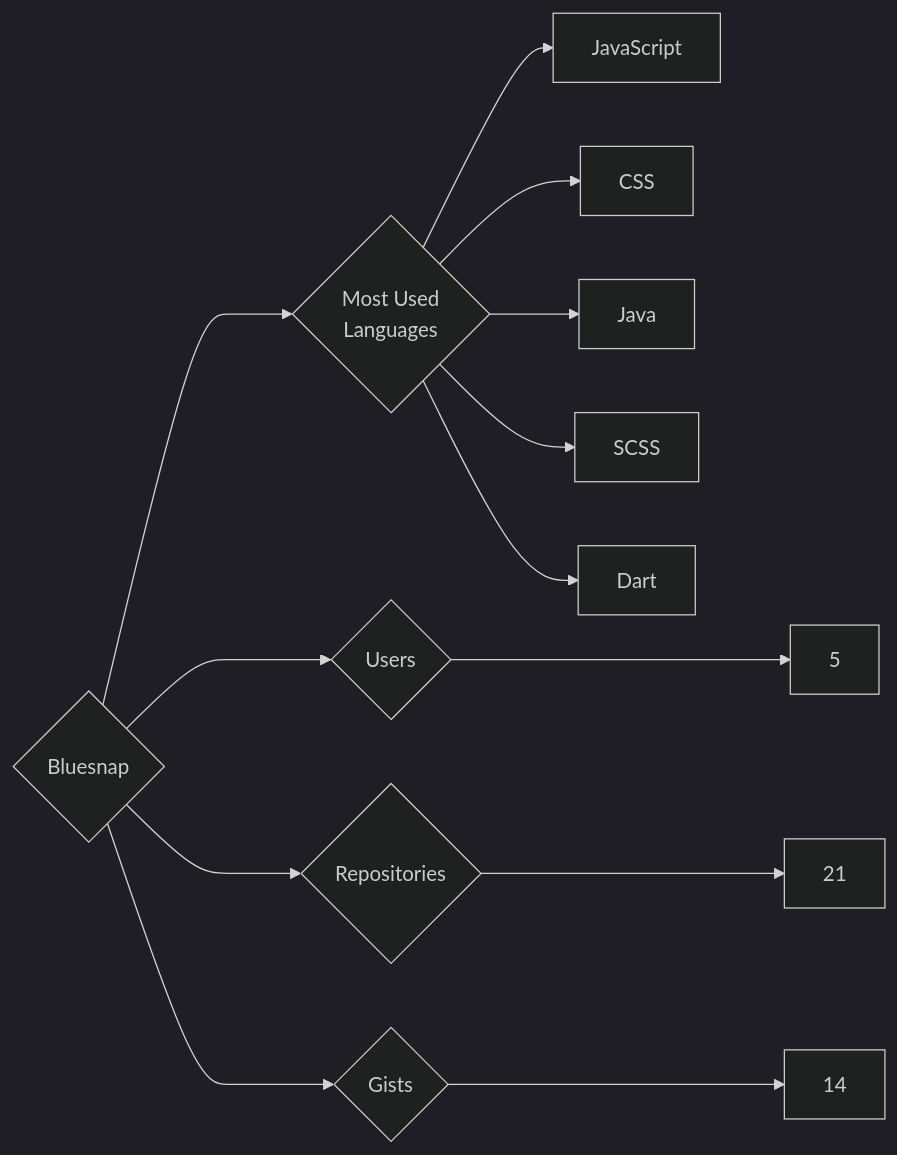
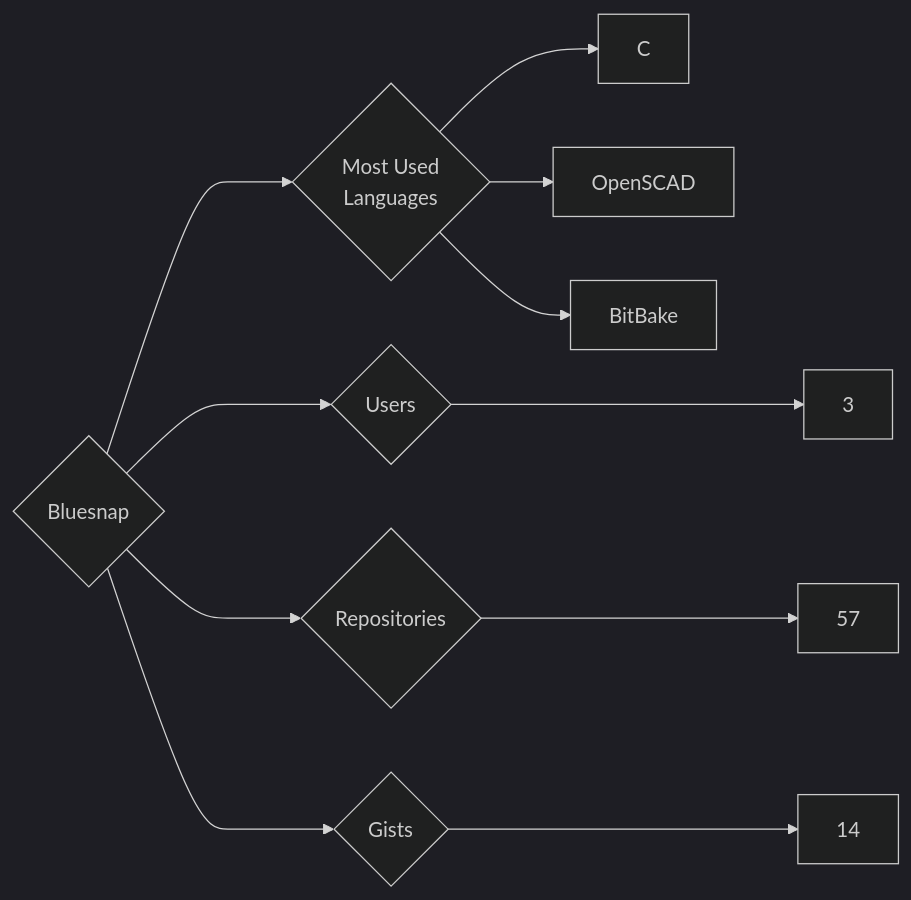
The diagram in targets/Bluesnap/README.md (trickest/insiders), drawn with Mermaid (dark theme) before and after one commit. The commit also changed 773 other files, not shown here.

````diff
--- a/targets/Bluesnap/README.md
+++ b/targets/Bluesnap/README.md
@@ -3,13 +3,11 @@
 ```mermaid
 graph LR
 COMPANY_NAME{Bluesnap}
-COMPANY_NAME ---> U{Users} ---> UN[5]
-COMPANY_NAME ---> R{Repositories} ---> RN[21]
+COMPANY_NAME ---> U{Users} ---> UN[3]
+COMPANY_NAME ---> R{Repositories} ---> RN[57]
 COMPANY_NAME ---> G{Gists} ---> GN[14]
 COMPANY_NAME ---> ML{Most Used<br>Languages}
-ML --> JavaScript[JavaScript]
-ML --> CSS[CSS]
-ML --> Java[Java]
-ML --> SCSS[SCSS]
-ML --> Dart[Dart]
+ML --> C[C]
+ML --> OpenSCAD[OpenSCAD]
+ML --> BitBake[BitBake]
 ```
````
